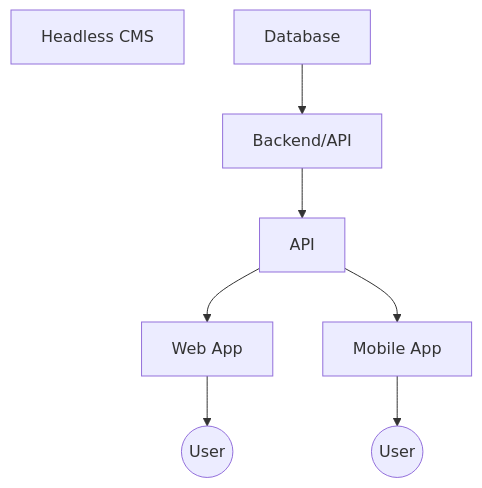
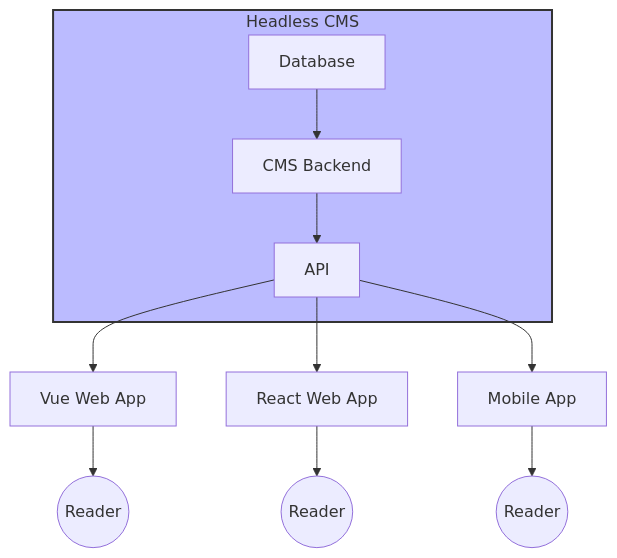
Before and after one commit to this-oliver/headless-cms: the second of 2 diagrams in README.md, drawn with Mermaid. The commit also changed other lines of this file, not shown here.

Commit message:
docs: reverts readme diagrams (#13)

````diff
--- a/README.md
+++ b/README.md
@@ -73,10 +78,12 @@
 ```mermaid
 flowchart TD
-    HC[Headless CMS]
-    DB2[Database] --> CMS2[Backend/API]
-    CMS2 --> API[API]
-    API --> Web[Web App]
-    API --> Mobile[Mobile App]
-    Web --> User2((User))
-    Mobile --> User3((User))
+    subgraph HC["Headless CMS"]
+        style HC fill:#bbf,stroke:#333,stroke-width:2px
+        DB[Database]
+        CMS[CMS Backend]
+        DB --> CMS --> API[API]
+    end
+        API --> Web[Vue Web App] --> Reader2((Reader))
+        API --> Web2[React Web App] --> Reader3((Reader))
+        API --> Mobile[Mobile App] --> Reader4((Reader))
 ```
````
